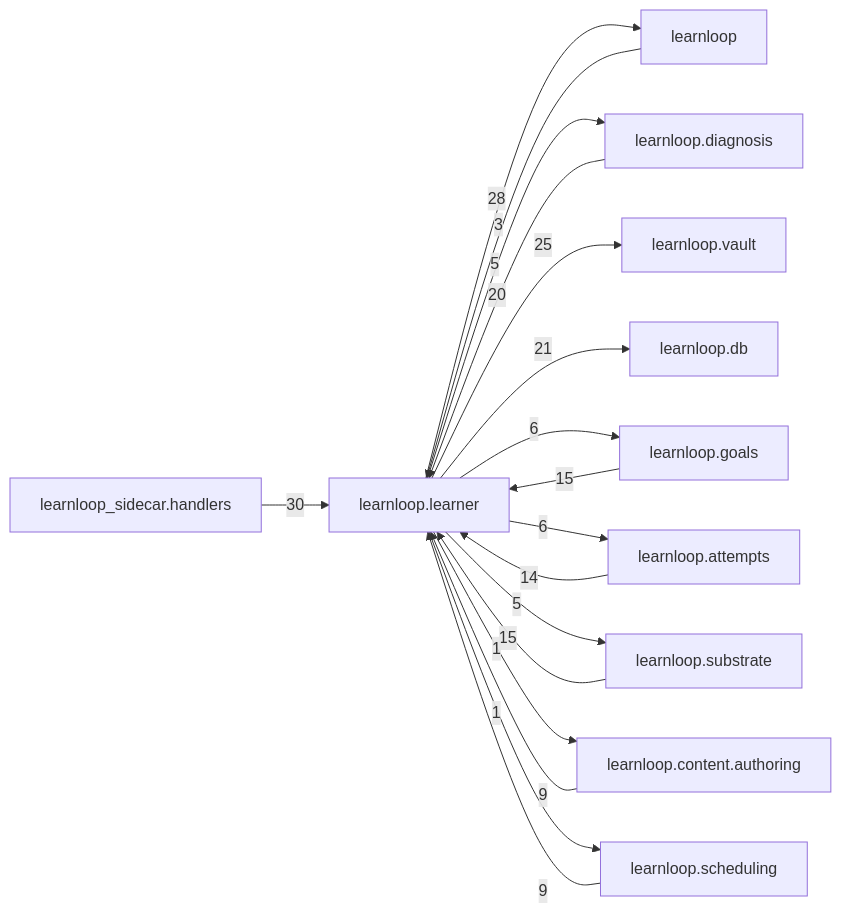
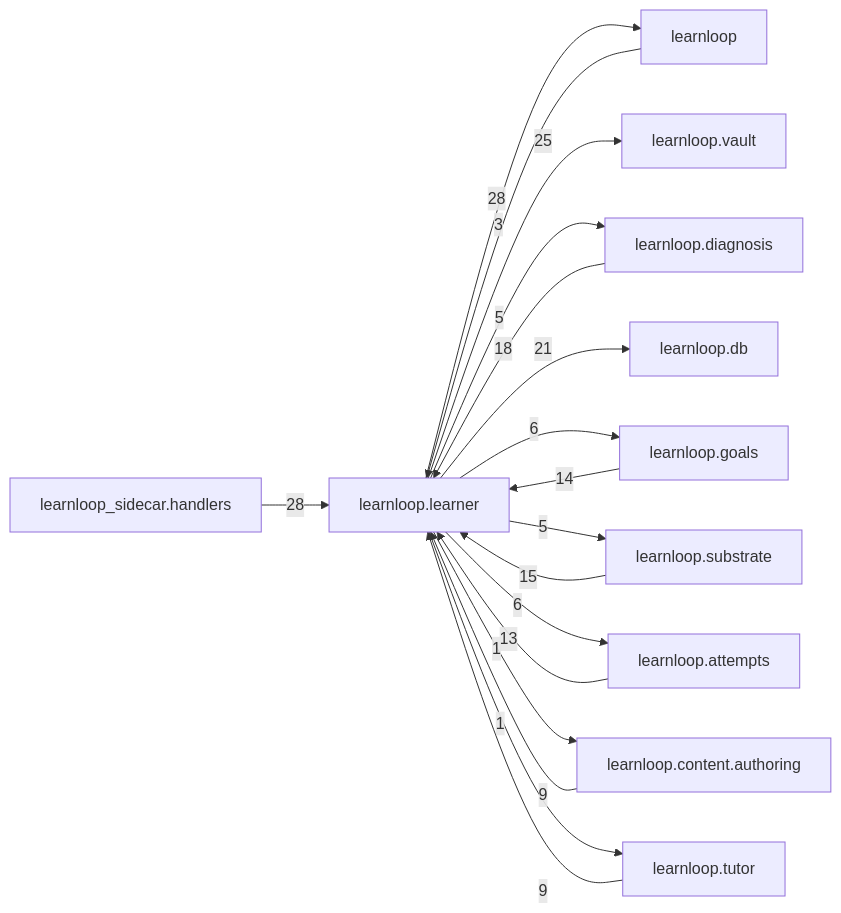
The diagram in docs/learnloop-architecture-vault/Reference/Modules/learnloop/learner/_package.md (6up-b/learnanything), drawn with Mermaid before and after one commit. The commit also changed other lines of this file and 53 other files, not shown here.

````diff
--- a/docs/learnloop-architecture-vault/Reference/Modules/learnloop/learner/_package.md
+++ b/docs/learnloop-architecture-vault/Reference/Modules/learnloop/learner/_package.md
@@ -156,31 +156,31 @@
 ```mermaid
 flowchart LR
     center["learnloop.learner"]
     n_learnloop["learnloop"]
     n_learnloop_sidecar_handlers["learnloop_sidecar.handlers"]
+    n_learnloop_vault["learnloop.vault"]
     n_learnloop_diagnosis["learnloop.diagnosis"]
-    n_learnloop_vault["learnloop.vault"]
     n_learnloop_db["learnloop.db"]
     n_learnloop_goals["learnloop.goals"]
+    n_learnloop_substrate["learnloop.substrate"]
     n_learnloop_attempts["learnloop.attempts"]
-    n_learnloop_substrate["learnloop.substrate"]
     n_learnloop_content_authoring["learnloop.content.authoring"]
-    n_learnloop_scheduling["learnloop.scheduling"]
+    n_learnloop_tutor["learnloop.tutor"]
     n_learnloop -->|3| center
     center -->|28| n_learnloop
-    n_learnloop_sidecar_handlers -->|30| center
-    n_learnloop_diagnosis -->|20| center
+    n_learnloop_sidecar_handlers -->|28| center
+    center -->|25| n_learnloop_vault
+    n_learnloop_diagnosis -->|18| center
     center -->|5| n_learnloop_diagnosis
-    center -->|25| n_learnloop_vault
     center -->|21| n_learnloop_db
-    n_learnloop_goals -->|15| center
+    n_learnloop_goals -->|14| center
     center -->|6| n_learnloop_goals
-    n_learnloop_attempts -->|14| center
-    center -->|6| n_learnloop_attempts
     n_learnloop_substrate -->|15| center
     center -->|5| n_learnloop_substrate
+    n_learnloop_attempts -->|13| center
+    center -->|6| n_learnloop_attempts
     n_learnloop_content_authoring -->|9| center
     center -->|1| n_learnloop_content_authoring
-    n_learnloop_scheduling -->|9| center
-    center -->|1| n_learnloop_scheduling
+    n_learnloop_tutor -->|9| center
+    center -->|1| n_learnloop_tutor
 ```
````
